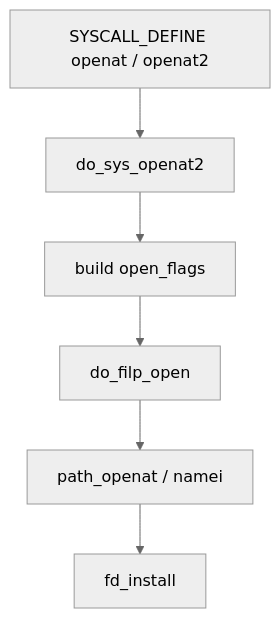
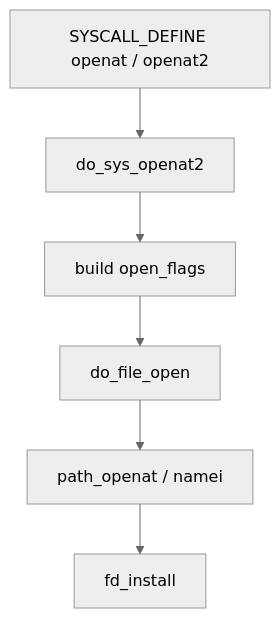
Before and after one commit to euphoricmangat/linternals: the first of 2 diagrams in src/content/blog/walking-openat-in-the-source.md, drawn with Mermaid (neutral theme). The commit also changed other lines of this file and 4 other files, not shown here.

````diff
--- a/src/content/blog/walking-openat-in-the-source.md
+++ b/src/content/blog/walking-openat-in-the-source.md
@@ -16,8 +17,8 @@
 ```mermaid
 flowchart TD
   SC[SYSCALL_DEFINE openat / openat2] --> Do[do_sys_openat2]
   Do --> Build[build open_flags]
-  Build --> Filp[do_filp_open]
+  Build --> Filp[do_file_open]
   Filp --> Path[path_openat / namei]
   Path --> Done[fd_install]
 ```
````
